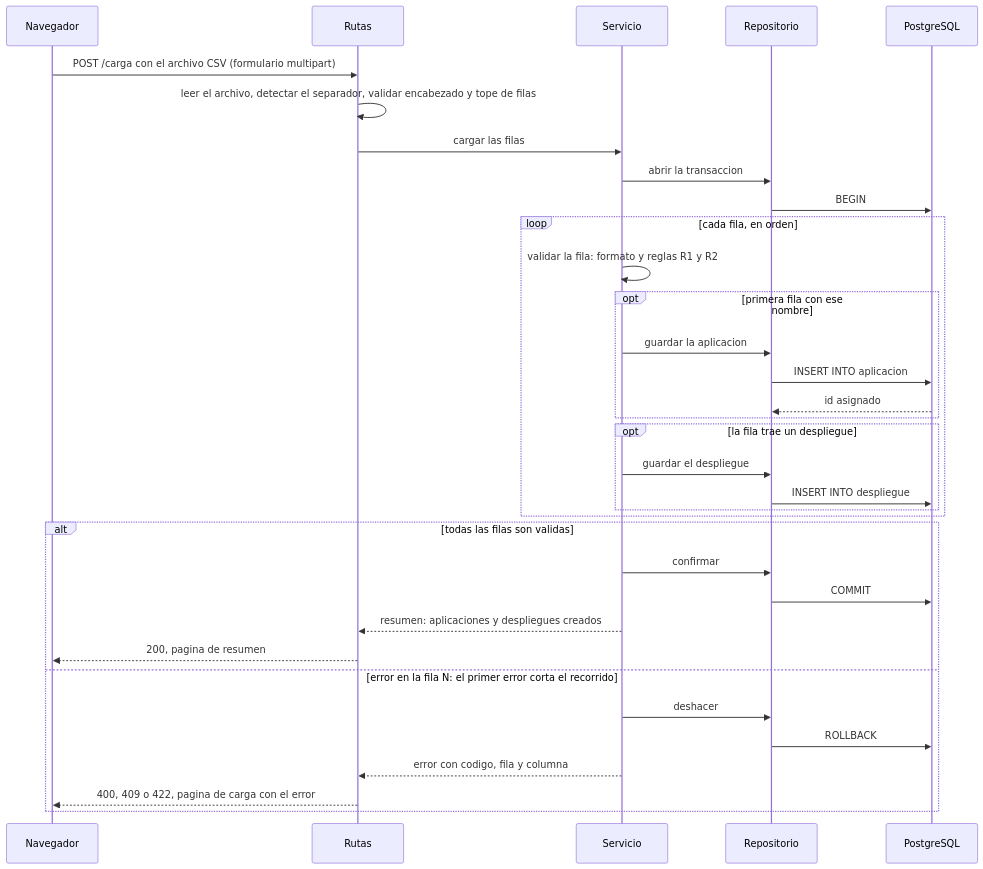
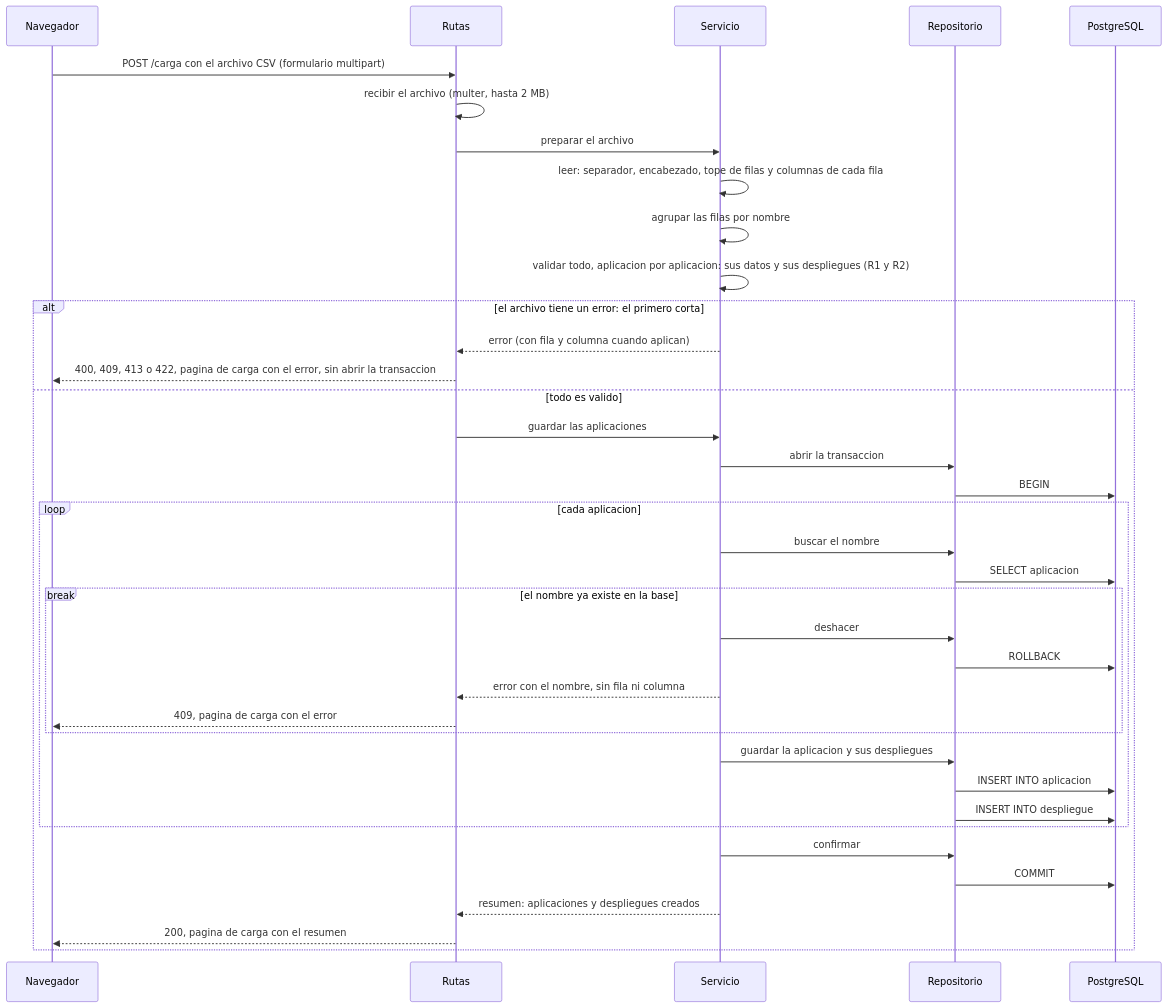
Before and after one commit to andresgomezgarcia01/cont-app-soft-u2: the third of 3 diagrams in docs/arquitectura.md, drawn with Mermaid. The commit also changed other lines of this file and 6 other files, not shown here.

First line of the commit message:
Errores y carga CSV de la documentación alineados con la aplicación

````diff
--- a/docs/arquitectura.md
+++ b/docs/arquitectura.md
@@ -136,37 +137,40 @@
 ```mermaid
 sequenceDiagram
     participant N as Navegador
     participant Ru as Rutas
     participant S as Servicio
     participant Re as Repositorio
     participant D as PostgreSQL
 
     N->>Ru: POST /carga con el archivo CSV (formulario multipart)
-    Ru->>Ru: leer el archivo, detectar el separador, validar encabezado y tope de filas
-    Ru->>S: cargar las filas
-    S->>Re: abrir la transaccion
-    Re->>D: BEGIN
-    loop cada fila, en orden
-        S->>S: validar la fila: formato y reglas R1 y R2
-        opt primera fila con ese nombre
-            S->>Re: guardar la aplicacion
+    Ru->>Ru: recibir el archivo (multer, hasta 2 MB)
+    Ru->>S: preparar el archivo
+    S->>S: leer: separador, encabezado, tope de filas y columnas de cada fila
+    S->>S: agrupar las filas por nombre
+    S->>S: validar todo, aplicacion por aplicacion: sus datos y sus despliegues (R1 y R2)
+    alt el archivo tiene un error: el primero corta
+        S-->>Ru: error (con fila y columna cuando aplican)
+        Ru-->>N: 400, 409, 413 o 422, pagina de carga con el error, sin abrir la transaccion
+    else todo es valido
+        Ru->>S: guardar las aplicaciones
+        S->>Re: abrir la transaccion
+        Re->>D: BEGIN
+        loop cada aplicacion
+            S->>Re: buscar el nombre
+            Re->>D: SELECT aplicacion
+            break el nombre ya existe en la base
+                S->>Re: deshacer
+                Re->>D: ROLLBACK
+                S-->>Ru: error con el nombre, sin fila ni columna
+                Ru-->>N: 409, pagina de carga con el error
+            end
+            S->>Re: guardar la aplicacion y sus despliegues
             Re->>D: INSERT INTO aplicacion
-            D-->>Re: id asignado
-        end
-        opt la fila trae un despliegue
-            S->>Re: guardar el despliegue
             Re->>D: INSERT INTO despliegue
         end
-    end
-    alt todas las filas son validas
         S->>Re: confirmar
         Re->>D: COMMIT
         S-->>Ru: resumen: aplicaciones y despliegues creados
-        Ru-->>N: 200, pagina de resumen
-    else error en la fila N: el primer error corta el recorrido
-        S->>Re: deshacer
-        Re->>D: ROLLBACK
-        S-->>Ru: error con codigo, fila y columna
-        Ru-->>N: 400, 409 o 422, pagina de carga con el error
+        Ru-->>N: 200, pagina de carga con el resumen
     end
 ```
````
